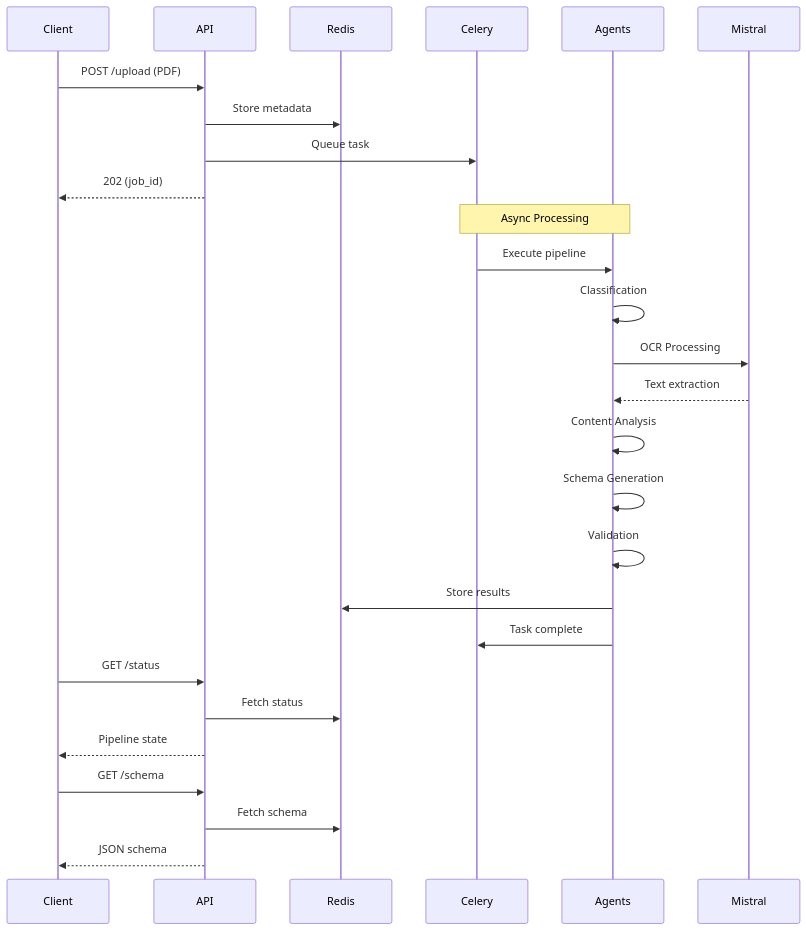
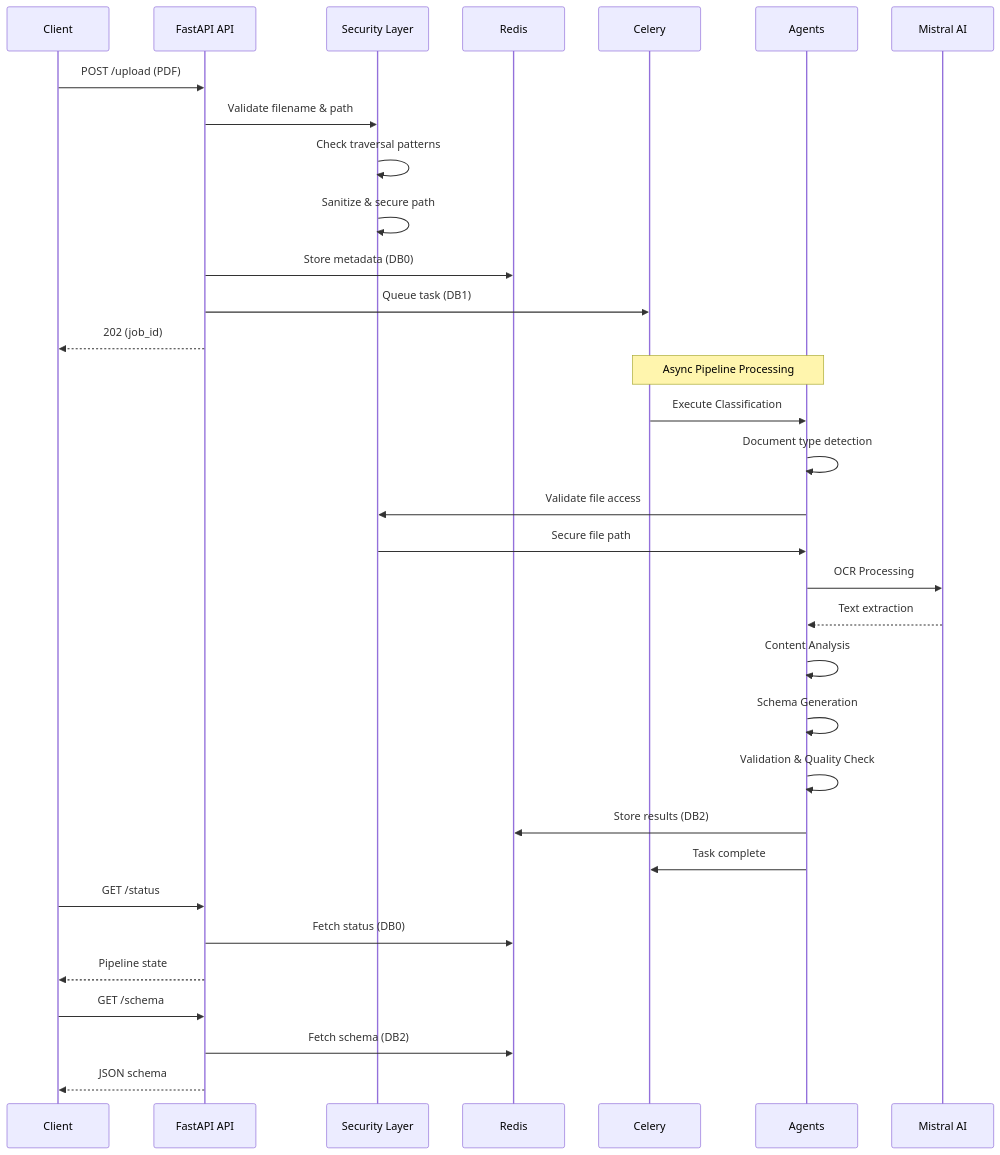
One commit to Tony363/document-ingestion-agent changed the second of 4 diagrams in README.md. Above: the diagram before and after it, drawn with Mermaid. The commit also changed other lines of this file and 1 other file, not shown here.

````diff
--- a/README.md
+++ b/README.md
@@ -93,34 +143,40 @@
 ```mermaid
 sequenceDiagram
     participant Client
-    participant API
+    participant API as FastAPI API
+    participant Security as Security Layer
     participant Redis
     participant Celery
     participant Agents
-    participant Mistral
+    participant Mistral as Mistral AI
 
     Client->>API: POST /upload (PDF)
-    API->>Redis: Store metadata
-    API->>Celery: Queue task
+    API->>Security: Validate filename & path
+    Security->>Security: Check traversal patterns
+    Security->>Security: Sanitize & secure path
+    API->>Redis: Store metadata (DB0)
+    API->>Celery: Queue task (DB1)
     API-->>Client: 202 (job_id)
     
-    Note over Celery,Agents: Async Processing
-    Celery->>Agents: Execute pipeline
-    Agents->>Agents: Classification
+    Note over Celery,Agents: Async Pipeline Processing
+    Celery->>Agents: Execute Classification
+    Agents->>Agents: Document type detection
+    Agents->>Security: Validate file access
+    Security->>Agents: Secure file path
     Agents->>Mistral: OCR Processing
     Mistral-->>Agents: Text extraction
     Agents->>Agents: Content Analysis
     Agents->>Agents: Schema Generation
-    Agents->>Agents: Validation
+    Agents->>Agents: Validation & Quality Check
     
-    Agents->>Redis: Store results
+    Agents->>Redis: Store results (DB2)
     Agents->>Celery: Task complete
     
     Client->>API: GET /status
-    API->>Redis: Fetch status
+    API->>Redis: Fetch status (DB0)
     API-->>Client: Pipeline state
     
     Client->>API: GET /schema
-    API->>Redis: Fetch schema
+    API->>Redis: Fetch schema (DB2)
     API-->>Client: JSON schema
 ```
````
